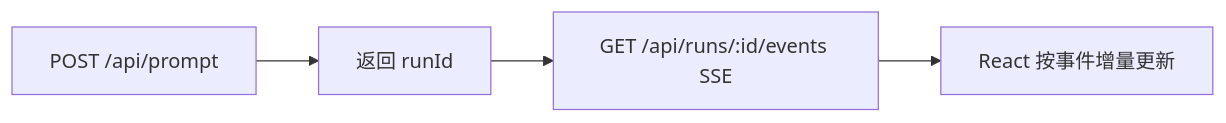
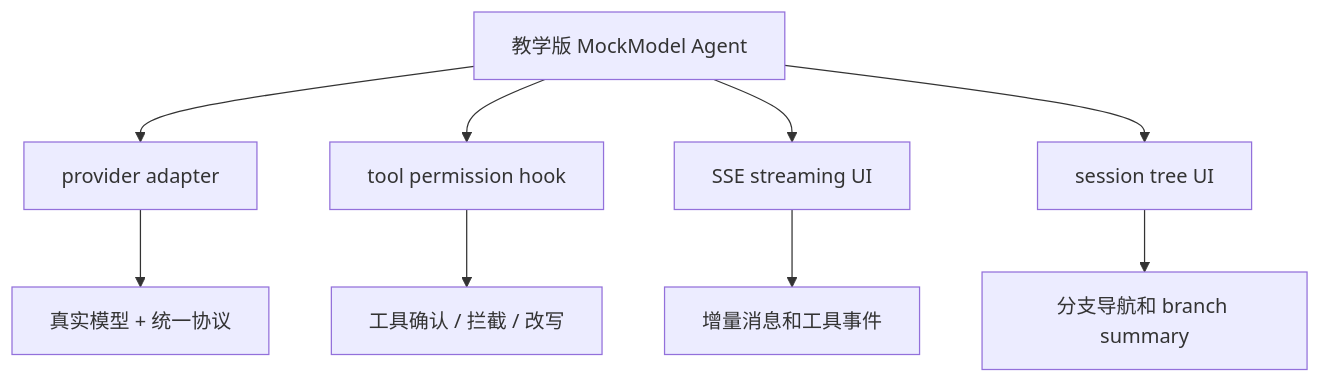
One commit to cellinlab/how-pi-agent-works changed the first of 2 diagrams in docs/project/extend.md. Above: the diagram before and after it, drawn with Mermaid. The commit also changed other lines of this file and 3 other files, not shown here.

````diff
--- a/docs/project/extend.md
+++ b/docs/project/extend.md
@@ -22,6 +9,11 @@
 ```mermaid
-flowchart LR
-  A["POST /api/prompt"] --> B["返回 runId"]
-  B --> C["GET /api/runs/:id/events SSE"]
-  C --> D["React 按事件增量更新"]
+flowchart TB
+  A["教学版 MockModel Agent"] --> B["provider adapter"]
+  A --> C["tool permission hook"]
+  A --> D["SSE streaming UI"]
+  A --> E["session tree UI"]
+  B --> F["真实模型 + 统一协议"]
+  C --> G["工具确认 / 拦截 / 改写"]
+  D --> H["增量消息和工具事件"]
+  E --> I["分支导航和 branch summary"]
 ```
````
